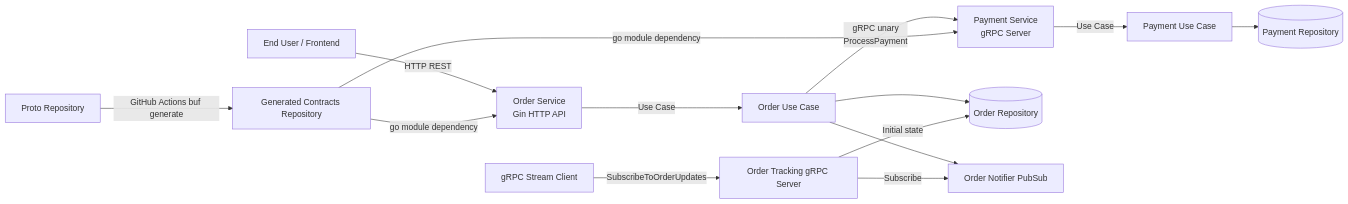
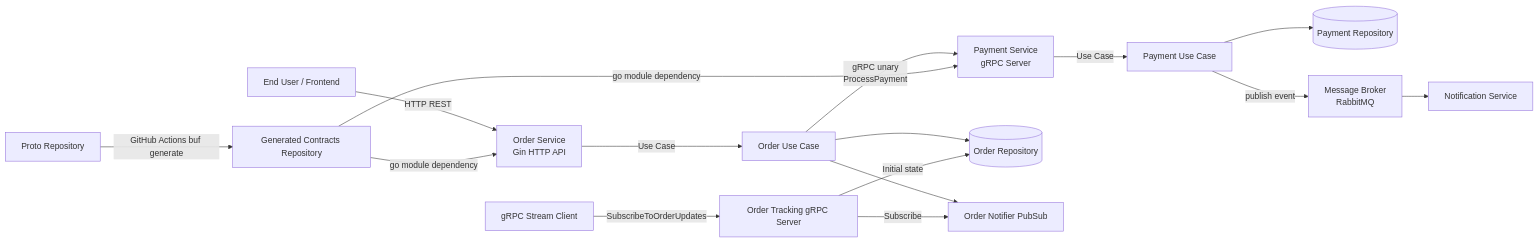
One commit to cureeeeee/advancedprogramming2 changed the diagram in ARCHITECTURE.md. Above: the diagram before and after it, drawn with Mermaid. The commit also changed other lines of this file and 22 other files, not shown here.

Commit message:
Assignment 3: add RabbitMQ notification flow and event-driven processing

````diff
--- a/ARCHITECTURE.md
+++ b/ARCHITECTURE.md
@@ -3,19 +3,22 @@
 ```mermaid
 flowchart LR
     Client[End User / Frontend] -->|HTTP REST| OrderHTTP[Order Service\nGin HTTP API]
     OrderHTTP -->|Use Case| OrderUC[Order Use Case]
     OrderUC -->|gRPC unary\nProcessPayment| PaymentGRPC[Payment Service\ngRPC Server]
     PaymentGRPC -->|Use Case| PaymentUC[Payment Use Case]
     PaymentUC --> PaymentRepo[(Payment Repository)]
+    PaymentUC -->|publish event| RabbitMQ[Message Broker\nRabbitMQ]
+
+    RabbitMQ --> Notification[Notification Service]
 
     OrderUC --> OrderRepo[(Order Repository)]
     OrderUC --> Notifier[Order Notifier PubSub]
 
     StreamClient[gRPC Stream Client] -->|SubscribeToOrderUpdates| OrderTrack[Order Tracking gRPC Server]
     OrderTrack -->|Subscribe| Notifier
     OrderTrack -->|Initial state| OrderRepo
 
     ProtoRepo[Proto Repository] -->|GitHub Actions buf generate| GeneratedRepo[Generated Contracts Repository]
     GeneratedRepo -->|go module dependency| OrderHTTP
     GeneratedRepo -->|go module dependency| PaymentGRPC
 ```
````
